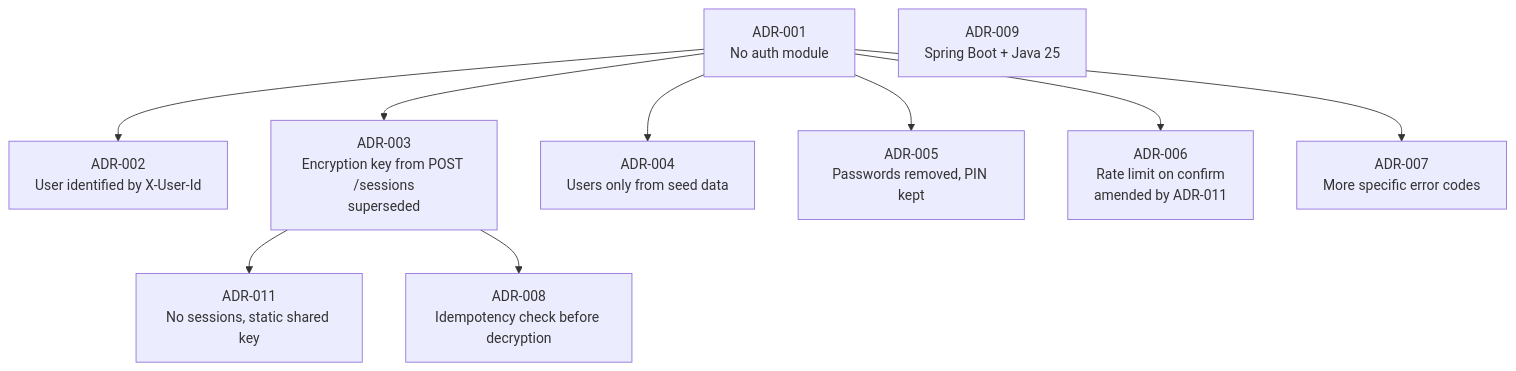
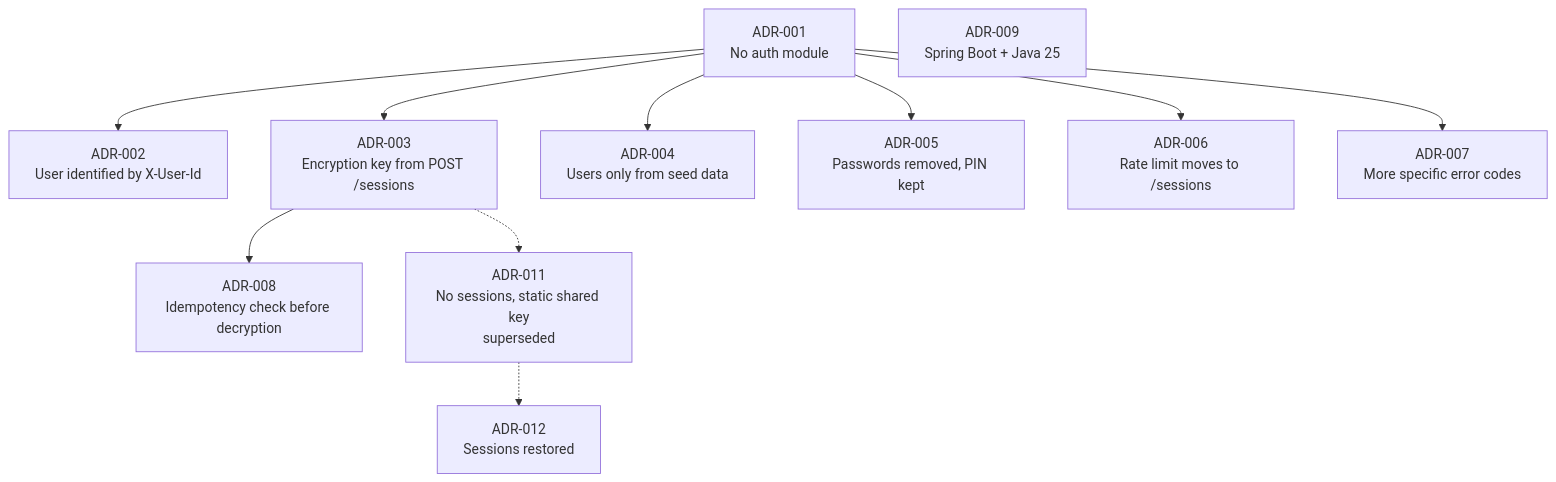
One commit to M-o-m-e-n/Momkn-pay-backend changed the diagram in docs/DECISIONS.md. Above: the diagram before and after it, drawn with Mermaid. The commit also changed other lines of this file and 3 other files, not shown here.

First line of the commit message:
docs: record the return of sessions in ADR-012 and the design docs

````diff
--- a/docs/DECISIONS.md
+++ b/docs/DECISIONS.md
@@ -14,12 +14,13 @@
 ```mermaid
 flowchart TD
     A[ADR-001<br/>No auth module] --> B[ADR-002<br/>User identified by X-User-Id]
-    A --> C[ADR-003<br/>Encryption key from POST /sessions<br/>superseded]
-    C --> K[ADR-011<br/>No sessions, static shared key]
+    A --> C[ADR-003<br/>Encryption key from POST /sessions]
     A --> D[ADR-004<br/>Users only from seed data]
     A --> E[ADR-005<br/>Passwords removed, PIN kept]
-    A --> F[ADR-006<br/>Rate limit on confirm<br/>amended by ADR-011]
+    A --> F[ADR-006<br/>Rate limit moves to /sessions]
     A --> G[ADR-007<br/>More specific error codes]
     C --> H[ADR-008<br/>Idempotency check before decryption]
+    C -.-> K[ADR-011<br/>No sessions, static shared key<br/>superseded]
+    K -.-> L[ADR-012<br/>Sessions restored]
     I[ADR-009<br/>Spring Boot + Java 25]
 ```
````
